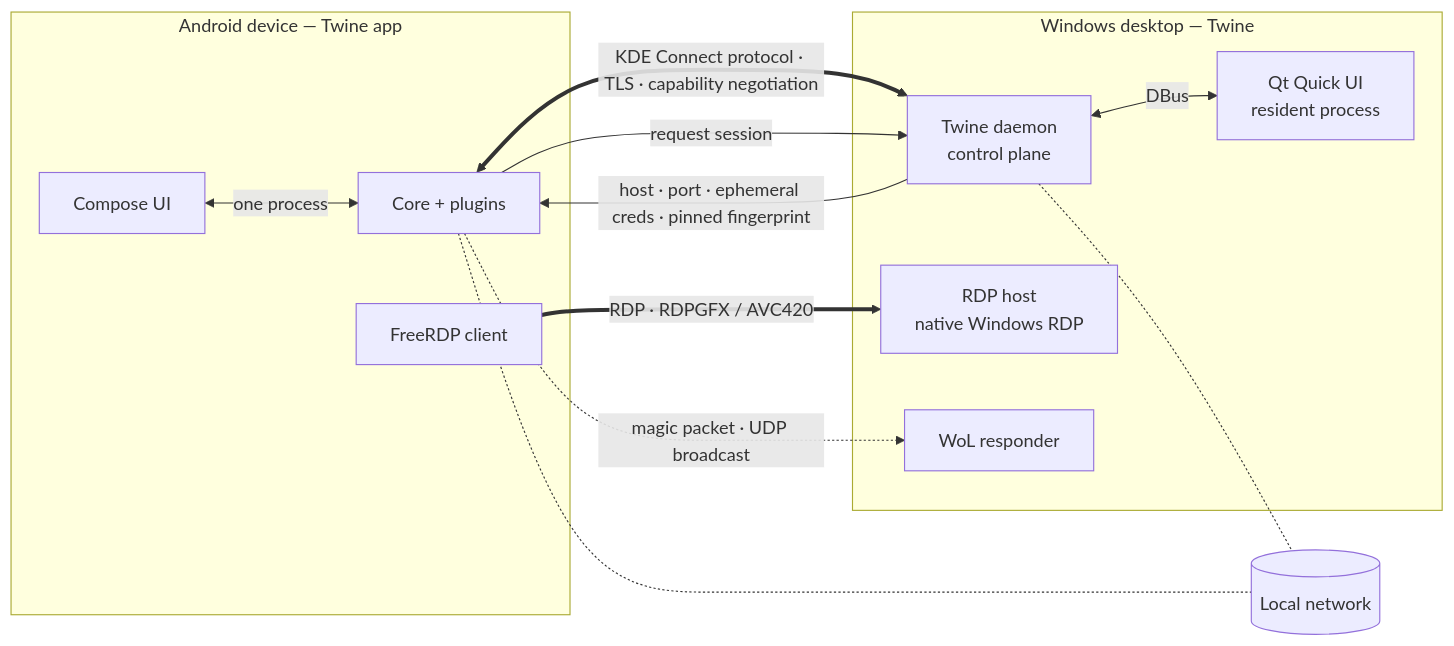
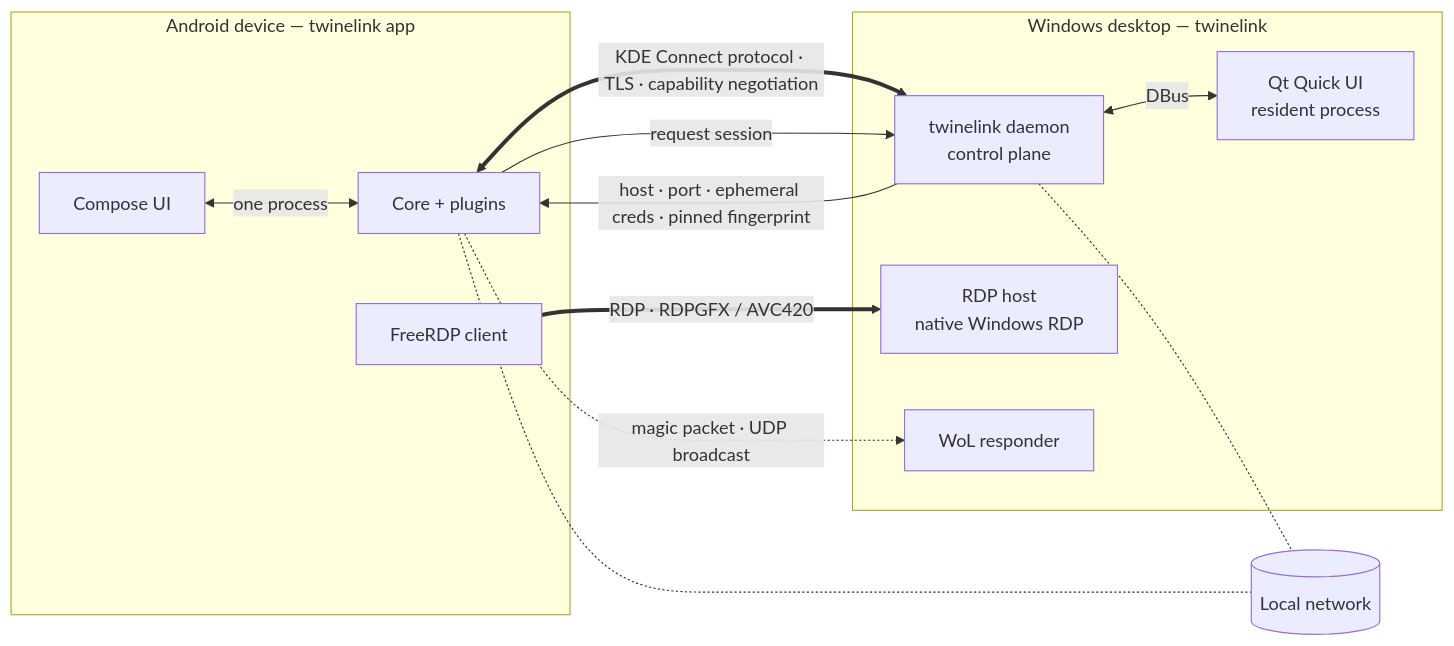
Before and after one commit to marcelofrau/twinelink-docs: the first of 2 diagrams in docs/architecture/overview.md, drawn with Mermaid. The commit also changed other lines of this file and 16 other files, not shown here.

````diff
--- a/docs/architecture/overview.md
+++ b/docs/architecture/overview.md
@@ -7,27 +7,27 @@
 ```mermaid
 flowchart LR
-  subgraph Phone["Android device — Twine app"]
+  subgraph Phone["Android device — twinelink app"]
     AUI[Compose UI]
     ACore[Core + plugins]
     ARDP[FreeRDP client]
   end
 
-  subgraph PC["Windows desktop — Twine"]
-    DDaemon[Twine daemon<br/>control plane]
+  subgraph PC["Windows desktop — twinelink"]
+    DDaemon[twinelink daemon<br/>control plane]
     DUI[Qt Quick UI<br/>resident process]
     DHost[RDP host<br/>native Windows RDP]
     DWol[WoL responder]
   end
 
   LAN[(Local network)]
 
   AUI <-- one process --> ACore
   ACore <== KDE Connect protocol · TLS · capability negotiation ==> DDaemon
   DDaemon <-- DBus --> DUI
   ACore -- request session --> DDaemon
   DDaemon -- host · port · ephemeral creds · pinned fingerprint --> ACore
   ARDP == RDP · RDPGFX / AVC420 ==> DHost
   ACore -. magic packet · UDP broadcast .-> DWol
   ACore -.- LAN
   DDaemon -.- LAN
 ```
````
